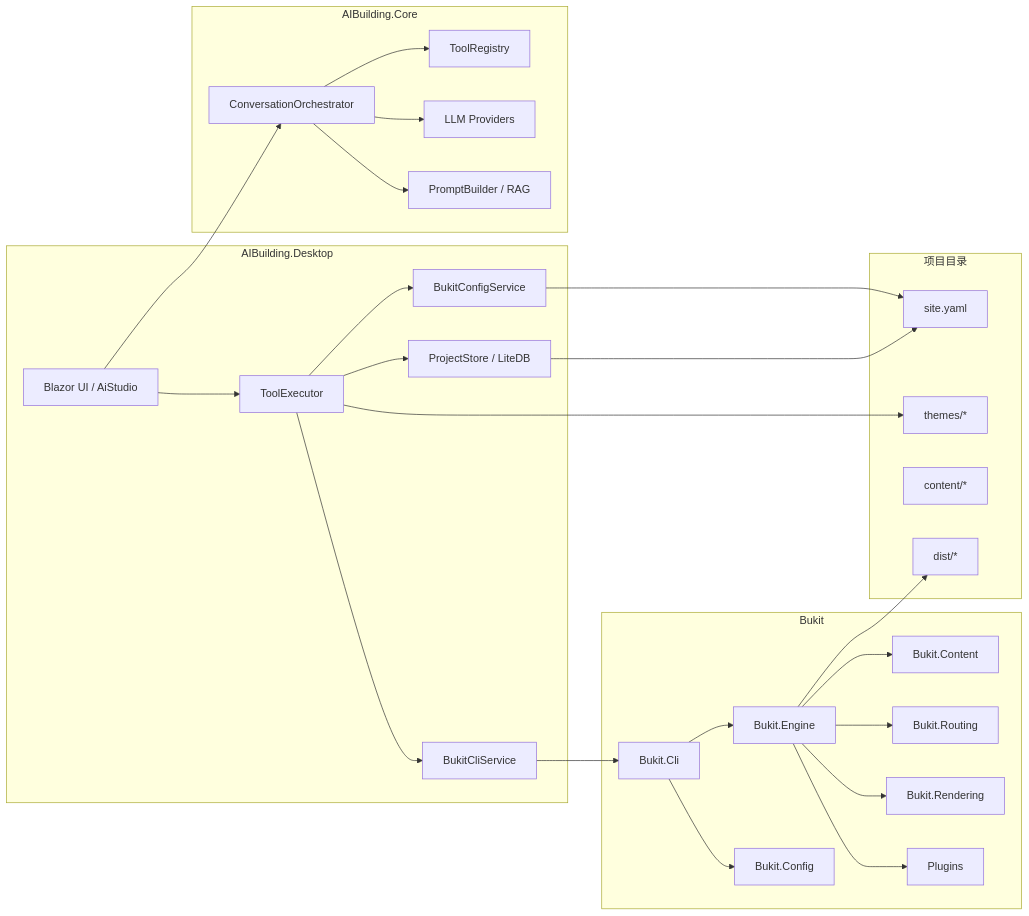
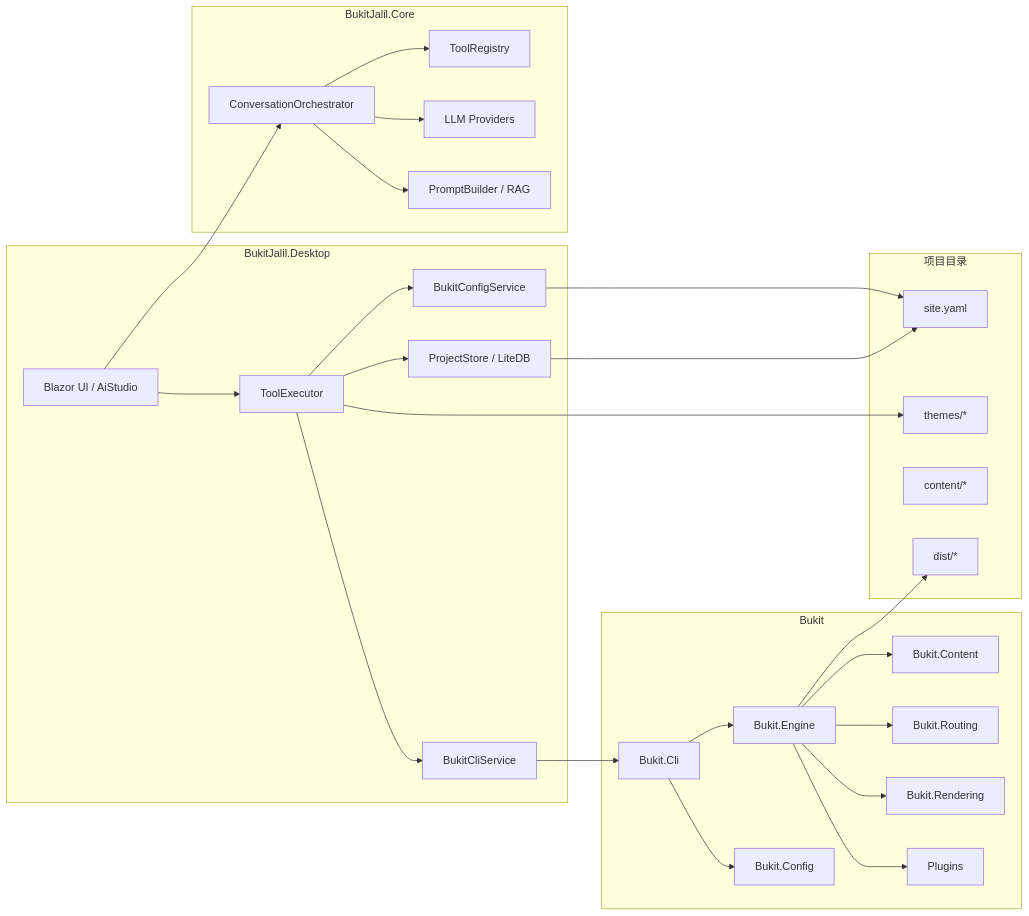
Before and after one commit to ALi365-SDN-BHD/Bukit: the first of 11 diagrams in guide/dev/code-wiki-call-graph.md, drawn with Mermaid. The commit also changed other lines of this file and 18 other files, not shown here.

````diff
--- a/guide/dev/code-wiki-call-graph.md
+++ b/guide/dev/code-wiki-call-graph.md
@@ -20,54 +20,54 @@
 ```mermaid
 flowchart LR
-    subgraph Desktop["AIBuilding.Desktop"]
+    subgraph Desktop["BukitJalil.Desktop"]
         UI["Blazor UI / AiStudio"]
         Executor["ToolExecutor"]
         ConfigSvc["BukitConfigService"]
         CliSvc["BukitCliService"]
         Store["ProjectStore / LiteDB"]
     end
 
-    subgraph Core["AIBuilding.Core"]
+    subgraph Core["BukitJalil.Core"]
         Orchestrator["ConversationOrchestrator"]
         Tools["ToolRegistry"]
         Providers["LLM Providers"]
         Prompt["PromptBuilder / RAG"]
     end
 
     subgraph Project["项目目录"]
         SiteYaml["site.yaml"]
         ThemeFiles["themes/*"]
         ContentFiles["content/*"]
         Dist["dist/*"]
     end
 
     subgraph Bukit["Bukit"]
         Cli["Bukit.Cli"]
         Engine["Bukit.Engine"]
         Config["Bukit.Config"]
         Content["Bukit.Content"]
         Routing["Bukit.Routing"]
         Rendering["Bukit.Rendering"]
         Plugins["Plugins"]
     end
 
     UI --> Orchestrator
     Orchestrator --> Tools
     Orchestrator --> Providers
     Orchestrator --> Prompt
     UI --> Executor
     Executor --> Store
     Executor --> ConfigSvc
     Executor --> CliSvc
     Store --> SiteYaml
     Executor --> ThemeFiles
     ConfigSvc --> SiteYaml
     CliSvc --> Cli
     Cli --> Config
     Cli --> Engine
     Engine --> Content
     Engine --> Routing
     Engine --> Rendering
     Engine --> Plugins
     Engine --> Dist
 ```
````
